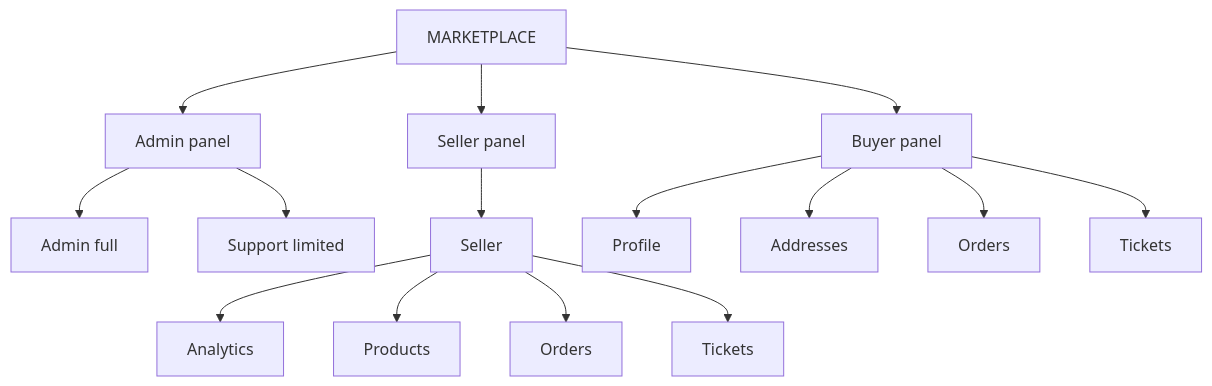
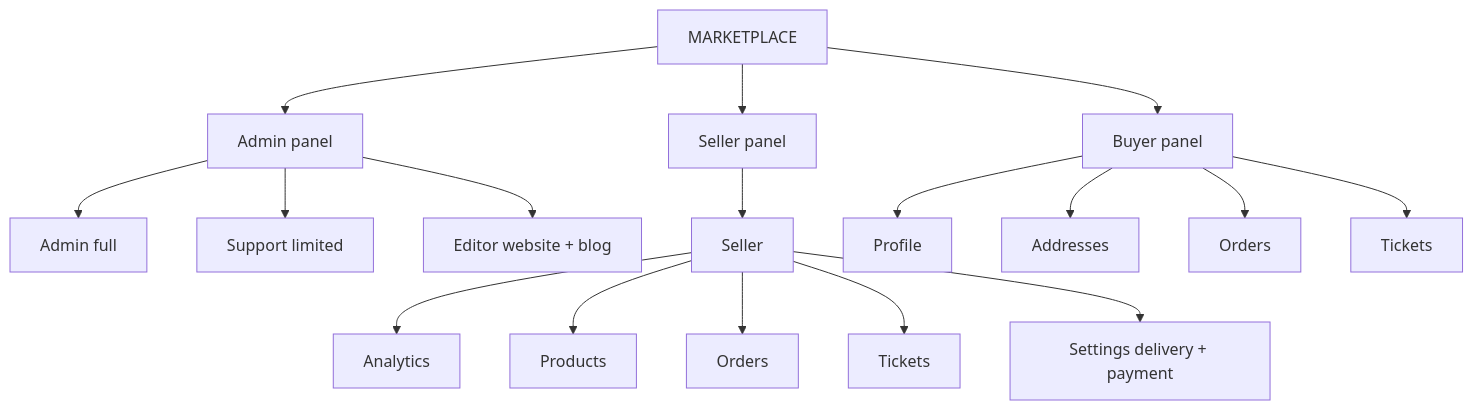
The first of 18 diagrams in data-flow.md (nafasebra/order-manager-docs), drawn with Mermaid before and after one commit. The commit also changed other lines of this file and 7 other files, not shown here.

Commit message:
Feat new role and add payment and delivery methods setting

````diff
--- a/data-flow.md
+++ b/data-flow.md
@@ -11,18 +11,20 @@
 ```mermaid
 flowchart TB
   MP[MARKETPLACE]
   MP --> AP[Admin panel]
   MP --> VP[Seller panel]
   MP --> BP[Buyer panel]
   AP --> AD[Admin full]
   AP --> SU[Support limited]
+  AP --> ED[Editor website + blog]
   VP --> SE[Seller]
   SE --> A[Analytics]
   SE --> P[Products]
   SE --> O[Orders]
   SE --> T[Tickets]
+  SE --> SET[Settings delivery + payment]
   BP --> PR[Profile]
   BP --> ADDR[Addresses]
   BP --> BO[Orders]
   BP --> BT[Tickets]
 ```
````
